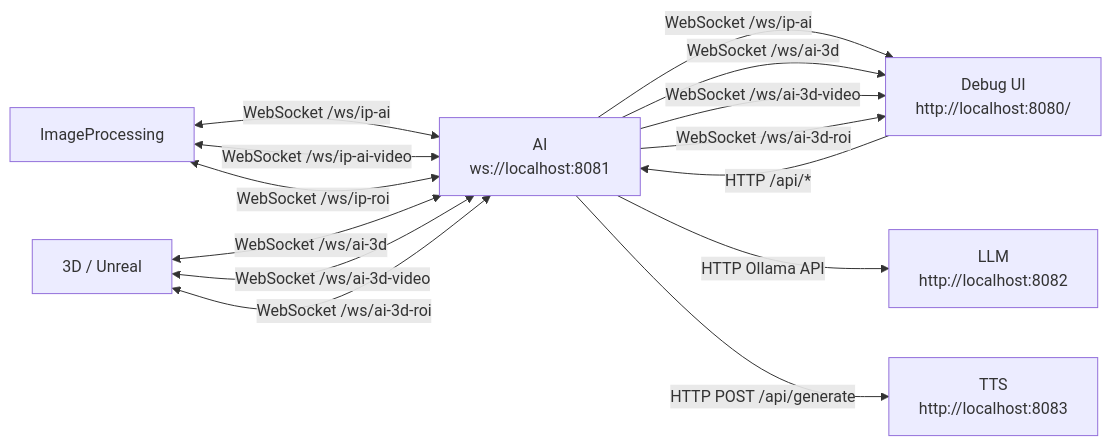
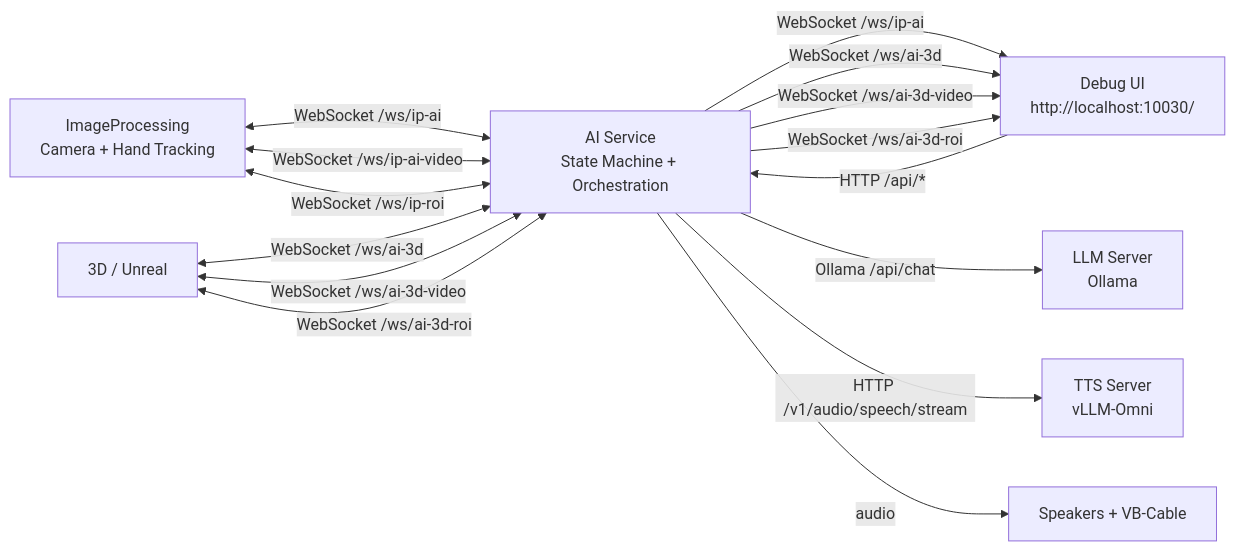
The diagram in README.md (hs-duesseldorf/TheWitch), drawn with Mermaid before and after one commit. The commit also changed other lines of this file and 46 other files, not shown here.

First line of the commit message:
Llm tts refactor (#22)

````diff
--- a/README.md
+++ b/README.md
@@ -7,26 +7,29 @@
 ```mermaid
 flowchart LR
-    ip[ImageProcessing]
-    ai[AI<br/>ws://localhost:8081]
-    debug[Debug UI<br/>http://localhost:8080/]
-    llm[LLM<br/>http://localhost:8082]
-    tts[TTS<br/>http://localhost:8083]
+    ip[ImageProcessing<br/>Camera + Hand Tracking]
+    ai[AI Service<br/>State Machine + Orchestration]
+    llm[LLM Server<br/>Ollama]
+    tts[TTS Server<br/>vLLM-Omni]
+    debug[Debug UI<br/>http://localhost:10030/]
     unreal[3D / Unreal]
 
     ip <-- "WebSocket /ws/ip-ai" --> ai
     ip <-- "WebSocket /ws/ip-ai-video" --> ai
     ip <-- "WebSocket /ws/ip-roi" --> ai
 
     debug -- "HTTP /api/*" --> ai
     ai -- "WebSocket /ws/ip-ai" --> debug
     ai -- "WebSocket /ws/ai-3d" --> debug
     ai -- "WebSocket /ws/ai-3d-video" --> debug
     ai -- "WebSocket /ws/ai-3d-roi" --> debug
 
     unreal <-- "WebSocket /ws/ai-3d" --> ai
     unreal <-- "WebSocket /ws/ai-3d-video" --> ai
     unreal <-- "WebSocket /ws/ai-3d-roi" --> ai
 
-    ai -- "HTTP Ollama API" --> llm
-    ai -- "HTTP POST /api/generate" --> tts
+    ai -- "Ollama /api/chat" --> llm
+    ai -- "HTTP /v1/audio/speech/stream" --> tts
+    ai -- "audio" --> speakers
+
+    speakers[Speakers + VB-Cable]
 ```
````
